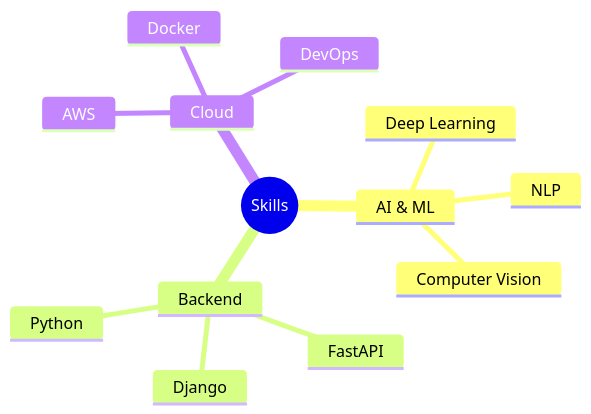
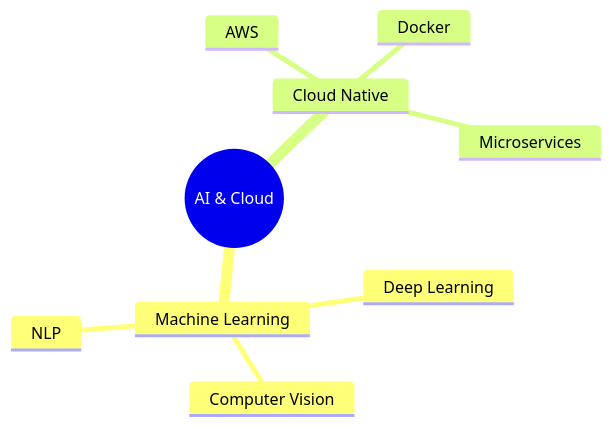
Before and after one commit to Abusooma/Abusooma: the diagram in README.md, drawn with Mermaid. The commit also changed other lines of this file, not shown here.

````diff
--- a/README.md
+++ b/README.md
@@ -26,16 +23,12 @@
 ```mermaid
 mindmap
-  root((Skills))
-    AI & ML
+  root((AI & Cloud))
+    Machine Learning
       Deep Learning
+      Computer Vision
       NLP
-      Computer Vision
-    Backend
-      Python
-      Django
-      FastAPI
-    Cloud
+    Cloud Native
       AWS
       Docker
-      DevOps
+      Microservices
 ```
````
